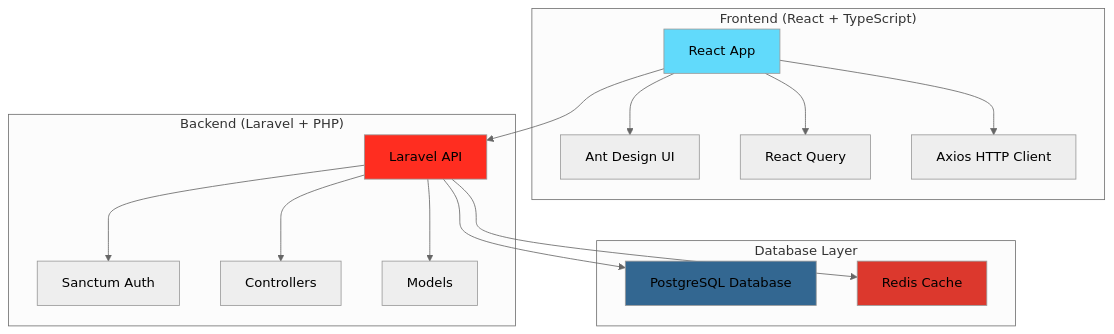
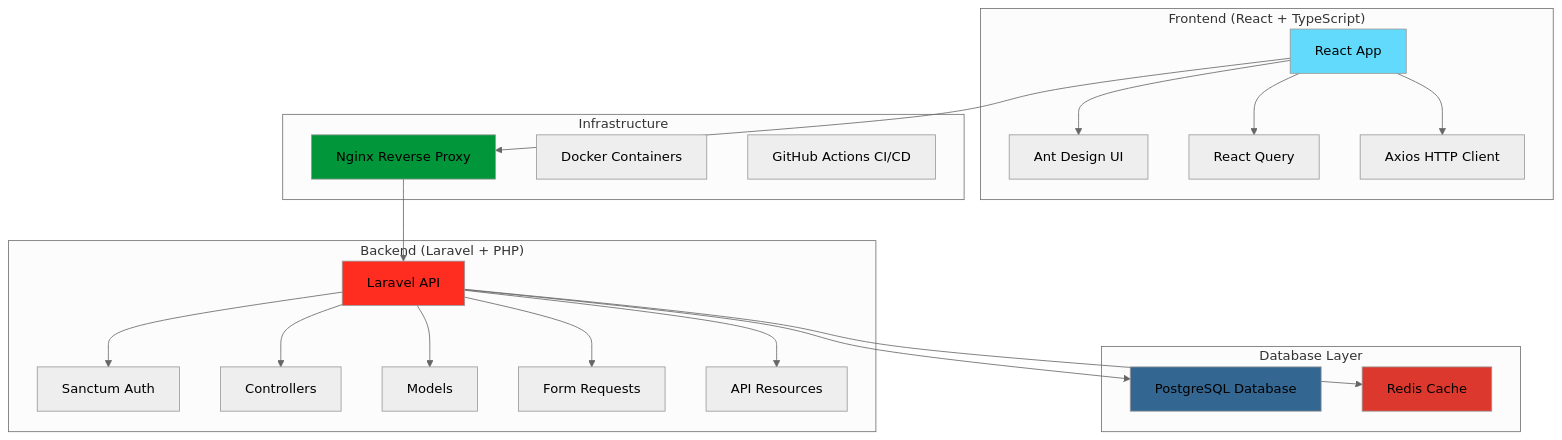
The diagram in README.md (lfelipeapo/ChainView), drawn with Mermaid (neutral theme) before and after one commit. The commit also changed other lines of this file, not shown here.

````diff
--- a/README.md
+++ b/README.md
@@ -129,28 +71,38 @@
 ```mermaid
 graph TB
     subgraph "Frontend (React + TypeScript)"
         A[React App] --> B[Ant Design UI]
         A --> C[React Query]
         A --> D[Axios HTTP Client]
     end
     
     subgraph "Backend (Laravel + PHP)"
         F[Laravel API] --> G[Sanctum Auth]
         F --> H[Controllers]
         F --> I[Models]
+        F --> J[Form Requests]
+        F --> K[API Resources]
     end
     
     subgraph "Database Layer"
         M[PostgreSQL Database]
         N[Redis Cache]
     end
     
-    A --> F
+    subgraph "Infrastructure"
+        O[Nginx Reverse Proxy]
+        P[Docker Containers]
+        Q[GitHub Actions CI/CD]
+    end
+    
+    A --> O
+    O --> F
     F --> M
     F --> N
     
     style A fill:#61dafb
     style F fill:#ff2d20
     style M fill:#336791
     style N fill:#dc382d
+    style O fill:#009639
 ```
````
